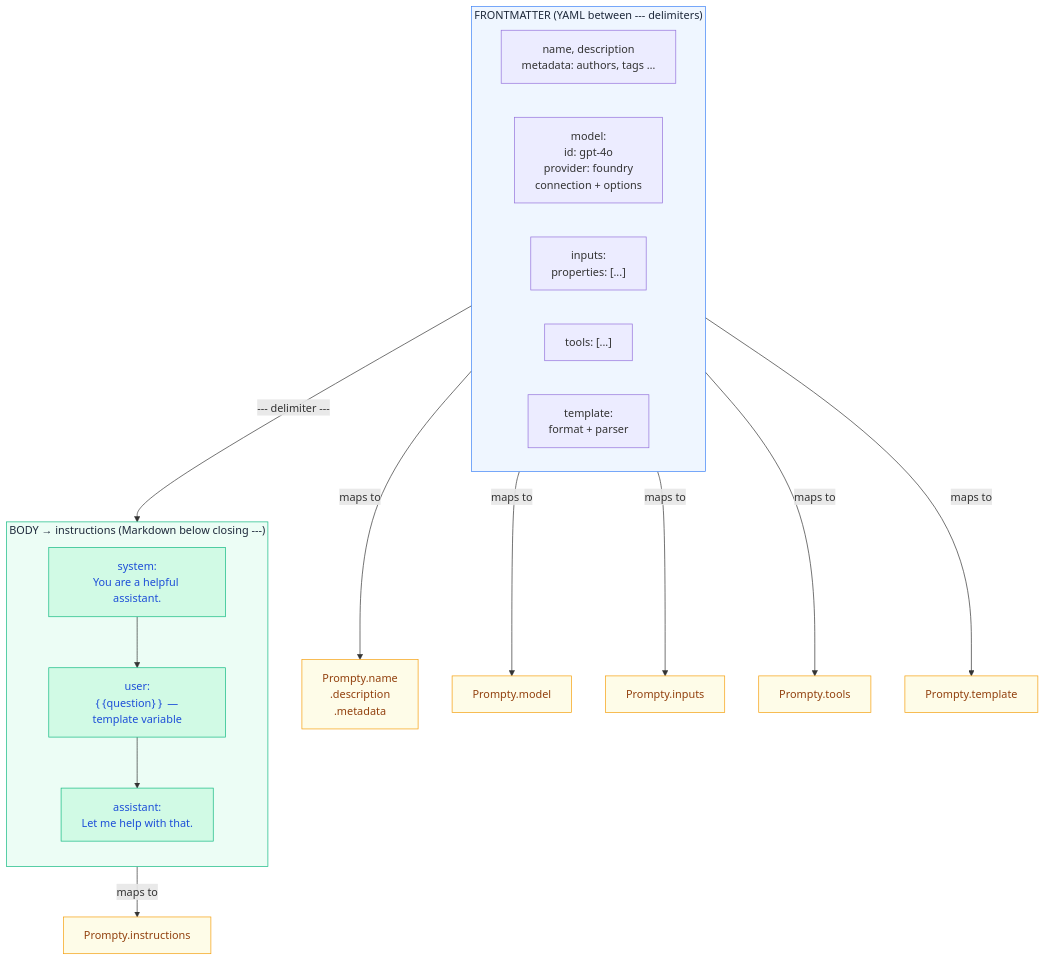
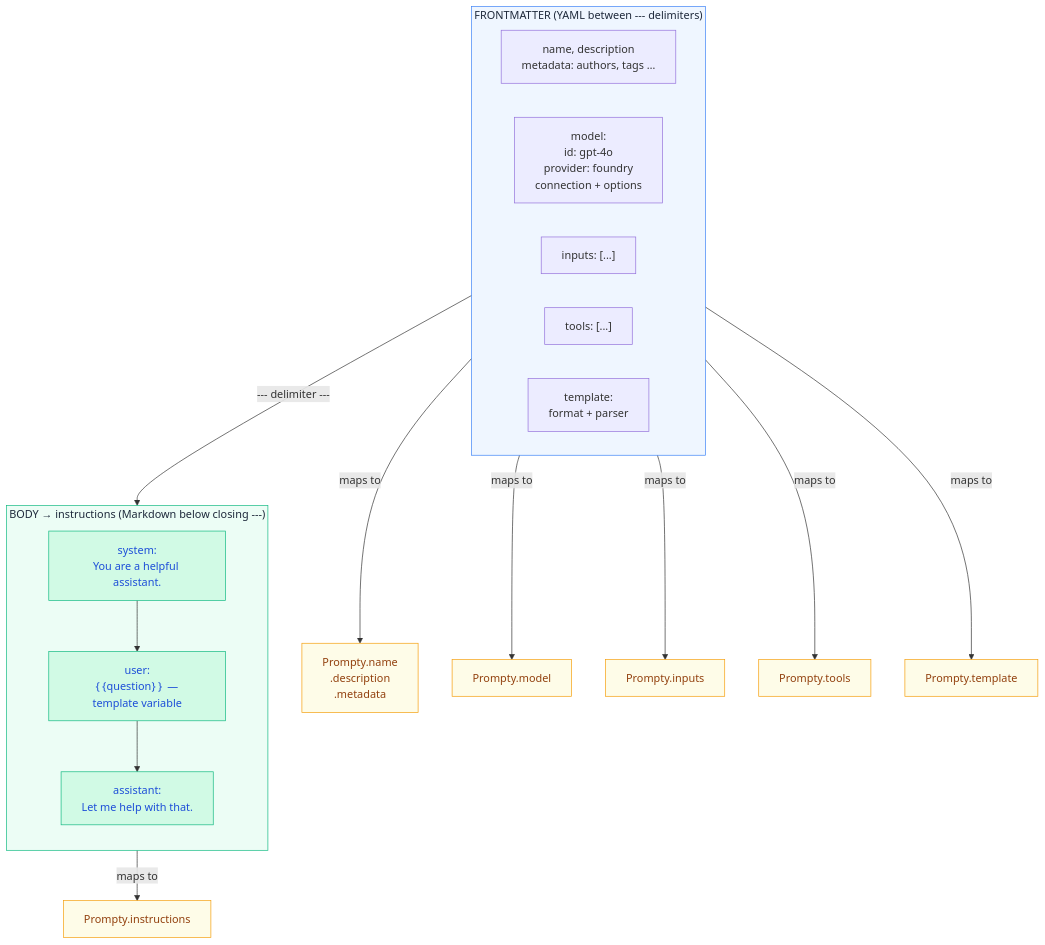
One commit to microsoft/prompty changed the diagram in web/src/content/docs/core-concepts/file-format.mdx. Above: the diagram before and after it, drawn with Mermaid. The commit also changed other lines of this file and 20 other files, not shown here.

````diff
--- a/web/src/content/docs/core-concepts/file-format.mdx
+++ b/web/src/content/docs/core-concepts/file-format.mdx
@@ -33,40 +33,40 @@
 ```mermaid
 flowchart TD
     subgraph FM["FRONTMATTER (YAML between --- delimiters)"]
         direction LR
         Identity["name, description\nmetadata: authors, tags …"]
         ModelCfg["model:\nid: gpt-4o\nprovider: foundry\nconnection + options"]
-        Inputs["inputs:\nproperties: [...]"]
+        Inputs["inputs: [...]"]
         Tools["tools: [...]"]
         Template["template:\nformat + parser"]
     end
 
     subgraph Body["BODY → instructions (Markdown below closing ---)"]
         direction TB
         System["system:\nYou are a helpful assistant."]
         User["user:\n｛｛question｝｝ — template variable"]
         Assistant["assistant:\nLet me help with that."]
         System --> User --> Assistant
     end
 
     FM -- "--- delimiter ---" --> Body
 
     Identity -- maps to --> PA1["Prompty.name\n.description\n.metadata"]
     ModelCfg -- maps to --> PA2["Prompty.model"]
     Inputs -- maps to --> PA3["Prompty.inputs"]
     Tools -- maps to --> PA4["Prompty.tools"]
     Template -- maps to --> PA5["Prompty.template"]
     Body -- maps to --> PA6["Prompty.instructions"]
 
     style FM fill:#eff6ff,stroke:#3b82f6,color:#1e293b
     style Body fill:#ecfdf5,stroke:#10b981,color:#1e293b
     style System fill:#d1fae5,stroke:#10b981,color:#1d4ed8
     style User fill:#d1fae5,stroke:#10b981,color:#1d4ed8
     style Assistant fill:#d1fae5,stroke:#10b981,color:#1d4ed8
     style PA1 fill:#fefce8,stroke:#f59e0b,color:#92400e
     style PA2 fill:#fefce8,stroke:#f59e0b,color:#92400e
     style PA3 fill:#fefce8,stroke:#f59e0b,color:#92400e
     style PA4 fill:#fefce8,stroke:#f59e0b,color:#92400e
     style PA5 fill:#fefce8,stroke:#f59e0b,color:#92400e
     style PA6 fill:#fefce8,stroke:#f59e0b,color:#92400e
 ```
````
